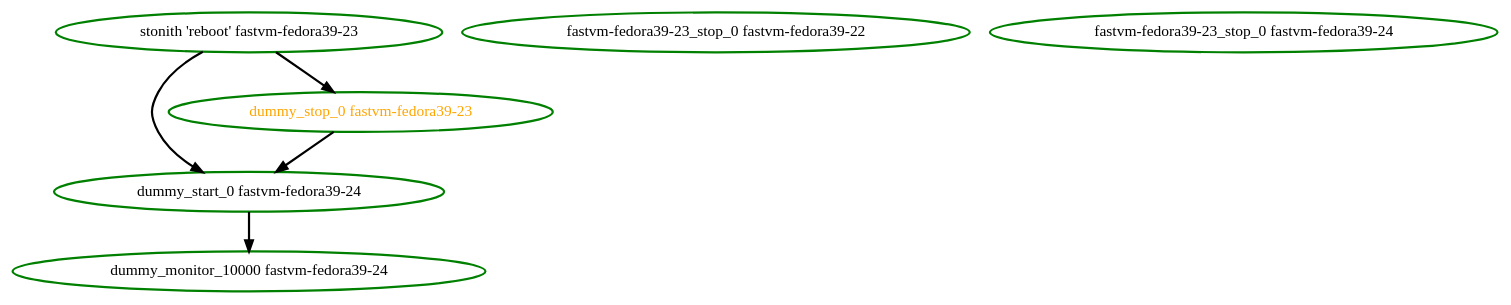
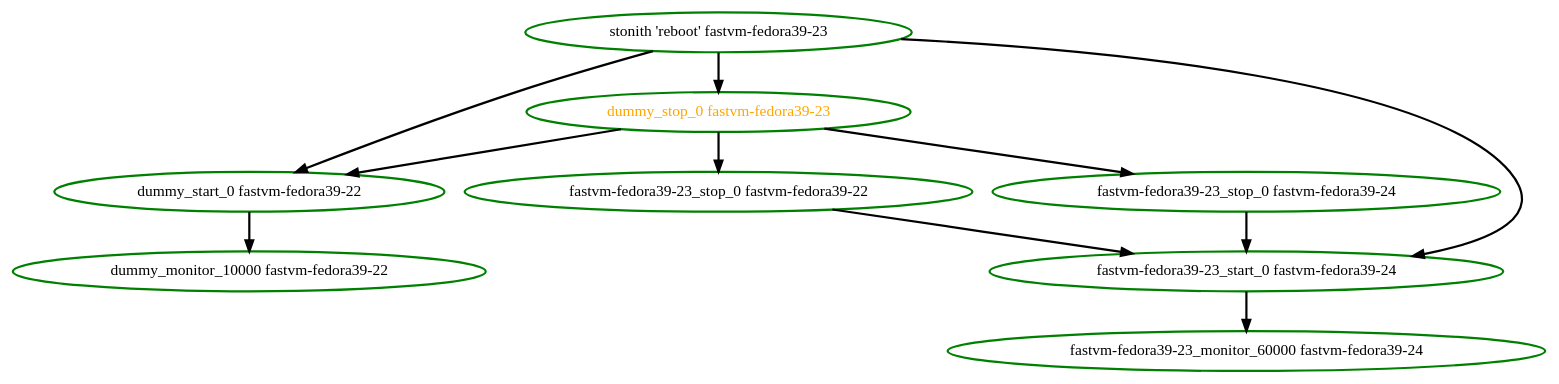
The diagram in cts/scheduler/dot/remote-failed-migrate2.dot (ClusterLabs/pacemaker), drawn with Graphviz before and after one commit. The commit also changed 11 other files, not shown here.

```diff
--- a/cts/scheduler/dot/remote-failed-migrate2.dot
+++ b/cts/scheduler/dot/remote-failed-migrate2.dot
@@ -1,12 +1,20 @@
  digraph "g" {
-"dummy_monitor_10000 fastvm-fedora39-24" [ style=bold color="green" fontcolor="black"]
-"dummy_start_0 fastvm-fedora39-24" -> "dummy_monitor_10000 fastvm-fedora39-24" [ style = bold]
-"dummy_start_0 fastvm-fedora39-24" [ style=bold color="green" fontcolor="black"]
-"dummy_stop_0 fastvm-fedora39-23" -> "dummy_start_0 fastvm-fedora39-24" [ style = bold]
+"dummy_monitor_10000 fastvm-fedora39-22" [ style=bold color="green" fontcolor="black"]
+"dummy_start_0 fastvm-fedora39-22" -> "dummy_monitor_10000 fastvm-fedora39-22" [ style = bold]
+"dummy_start_0 fastvm-fedora39-22" [ style=bold color="green" fontcolor="black"]
+"dummy_stop_0 fastvm-fedora39-23" -> "dummy_start_0 fastvm-fedora39-22" [ style = bold]
+"dummy_stop_0 fastvm-fedora39-23" -> "fastvm-fedora39-23_stop_0 fastvm-fedora39-22" [ style = bold]
+"dummy_stop_0 fastvm-fedora39-23" -> "fastvm-fedora39-23_stop_0 fastvm-fedora39-24" [ style = bold]
 "dummy_stop_0 fastvm-fedora39-23" [ style=bold color="green" fontcolor="orange"]
+"fastvm-fedora39-23_monitor_60000 fastvm-fedora39-24" [ style=bold color="green" fontcolor="black"]
+"fastvm-fedora39-23_start_0 fastvm-fedora39-24" -> "fastvm-fedora39-23_monitor_60000 fastvm-fedora39-24" [ style = bold]
+"fastvm-fedora39-23_start_0 fastvm-fedora39-24" [ style=bold color="green" fontcolor="black"]
+"fastvm-fedora39-23_stop_0 fastvm-fedora39-22" -> "fastvm-fedora39-23_start_0 fastvm-fedora39-24" [ style = bold]
 "fastvm-fedora39-23_stop_0 fastvm-fedora39-22" [ style=bold color="green" fontcolor="black"]
+"fastvm-fedora39-23_stop_0 fastvm-fedora39-24" -> "fastvm-fedora39-23_start_0 fastvm-fedora39-24" [ style = bold]
 "fastvm-fedora39-23_stop_0 fastvm-fedora39-24" [ style=bold color="green" fontcolor="black"]
-"stonith 'reboot' fastvm-fedora39-23" -> "dummy_start_0 fastvm-fedora39-24" [ style = bold]
+"stonith 'reboot' fastvm-fedora39-23" -> "dummy_start_0 fastvm-fedora39-22" [ style = bold]
 "stonith 'reboot' fastvm-fedora39-23" -> "dummy_stop_0 fastvm-fedora39-23" [ style = bold]
+"stonith 'reboot' fastvm-fedora39-23" -> "fastvm-fedora39-23_start_0 fastvm-fedora39-24" [ style = bold]
 "stonith 'reboot' fastvm-fedora39-23" [ style=bold color="green" fontcolor="black"]
 }
```
